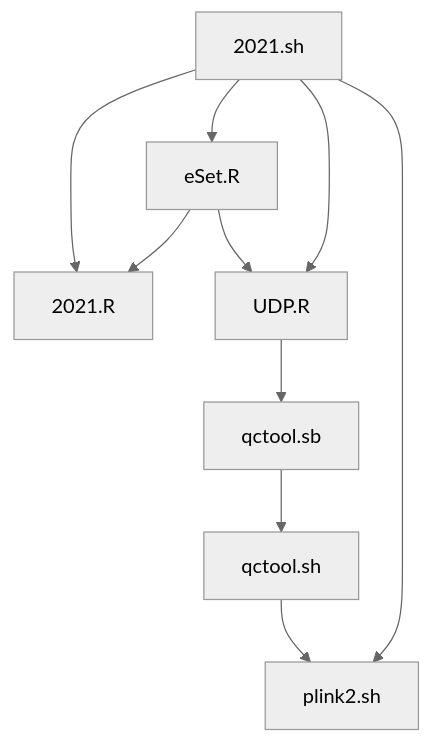
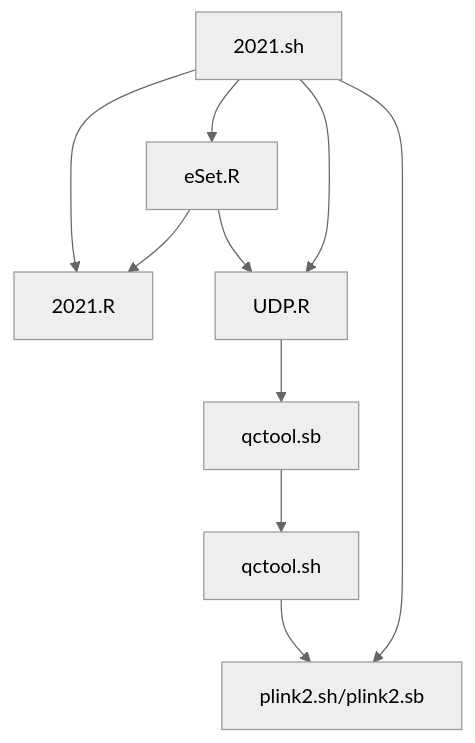
One commit to jinghuazhao/Caprion changed the second of 2 diagrams in docs/README.md. Above: the diagram before and after it, drawn with Mermaid (neutral theme). The commit also changed 6 other files, not shown here.

````diff
--- a/docs/README.md
+++ b/docs/README.md
@@ -51,13 +51,13 @@
 ```mermaid
 graph TB
 2021.sh
 2021.sh --> eSet.R
 2021.sh --> 2021.R
 eSet.R --> 2021.R
 eSet.R --> UDP.R
 2021.sh --> UDP.R
 UDP.R --> qctool.sb
 qctool.sb --> qctool.sh
-qctool.sh --> plink2.sh
-2021.sh --> plink2.sh
+qctool.sh --> plink2.sh/plink2.sb
+2021.sh --> plink2.sh/plink2.sb
 ```
````
